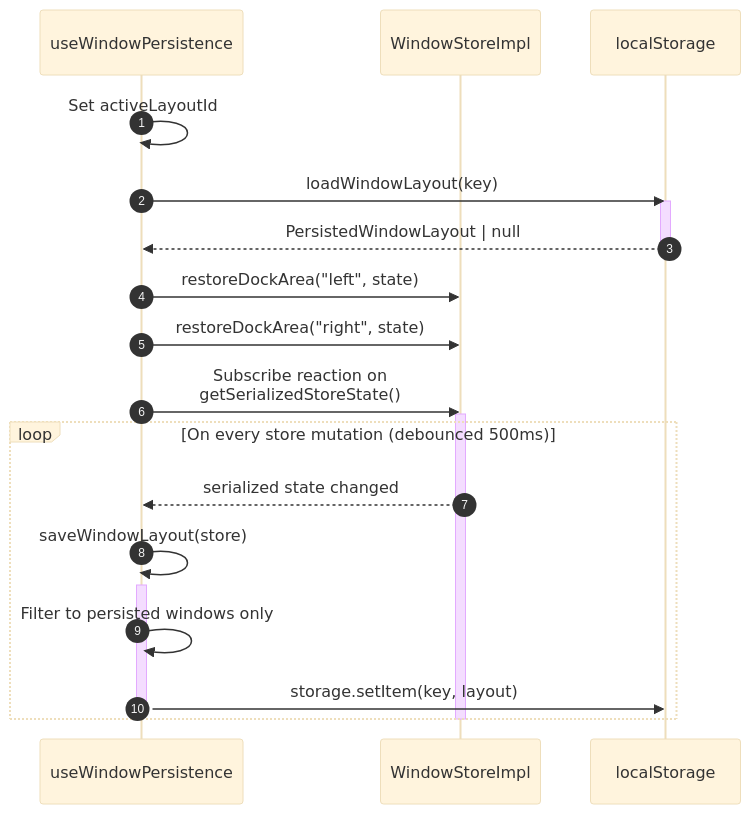
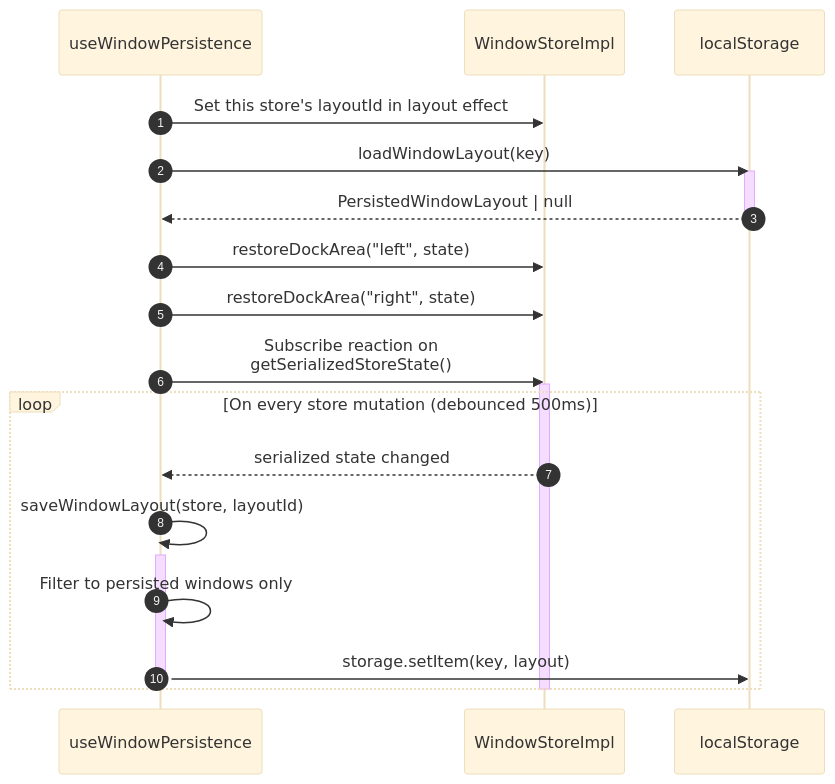
Before and after one commit to TangleML/tangle-ui: the seventh of 8 diagrams in src/routes/v2/WINDOWS.md, drawn with Mermaid (base theme). The commit also changed other lines of this file and 699 other files, not shown here.

````diff
--- a/src/routes/v2/WINDOWS.md
+++ b/src/routes/v2/WINDOWS.md
@@ -352,30 +341,30 @@
 ```mermaid
 sequenceDiagram
     autonumber
     participant Component as useWindowPersistence
     participant Store as WindowStoreImpl
     participant Storage as localStorage
 
-    Component->>Component: Set activeLayoutId
+    Component->>Store: Set this store's layoutId in layout effect
     Component->>Storage: loadWindowLayout(key)
     activate Storage
     Storage-->>Component: PersistedWindowLayout | null
     deactivate Storage
 
     Component->>Store: restoreDockArea("left", state)
     Component->>Store: restoreDockArea("right", state)
 
     Component->>Store: Subscribe reaction on<br/>getSerializedStoreState()
     activate Store
 
     loop On every store mutation (debounced 500ms)
         Store-->>Component: serialized state changed
-        Component->>Component: saveWindowLayout(store)
+        Component->>Component: saveWindowLayout(store, layoutId)
         activate Component
         Component->>Component: Filter to persisted windows only
         Component->>Storage: storage.setItem(key, layout)
         deactivate Component
     end
 
     deactivate Store
 ```
````
